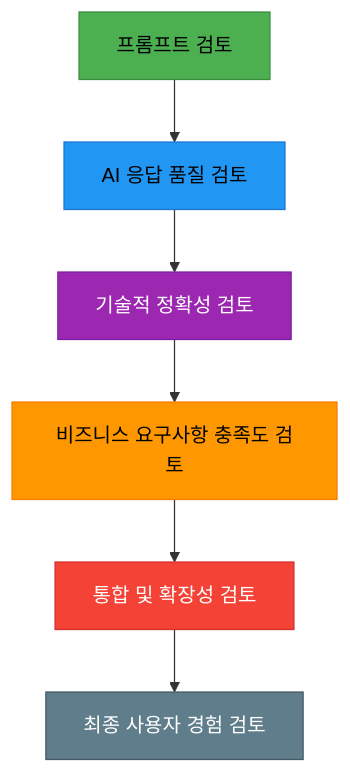
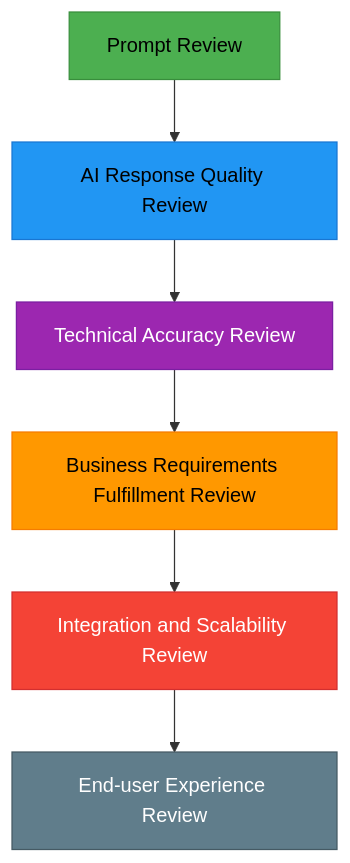
One commit to bbalganjjm/prompt-driven-development changed the first of 4 diagrams in 6.prompt-driven-development-methodology-review.md. Above: the diagram before and after it, drawn with Mermaid. The commit also changed other lines of this file and 3 other files, not shown here.

````diff
--- a/6.prompt-driven-development-methodology-review.md
+++ b/6.prompt-driven-development-methodology-review.md
@@ -41,15 +41,14 @@
 ```mermaid
 flowchart TD
-    A[프롬프트 검토] --> B[AI 응답 품질 검토]
-    B --> C[기술적 정확성 검토]
-    C --> D[비즈니스 요구사항 충족도 검토]
-    D --> E[통합 및 확장성 검토]
-    E --> F[최종 사용자 경험 검토]
-    
+    A[Prompt Review] --> B[AI Response Quality Review]
+    B --> C[Technical Accuracy Review]
+    C --> D[Business Requirements Fulfillment Review]
+    D --> E[Integration and Scalability Review]
+    E --> F[End-user Experience Review]
     style A fill:#4CAF50,stroke:#388E3C,color:black
     style B fill:#2196F3,stroke:#1976D2,color:black
     style C fill:#9C27B0,stroke:#7B1FA2,color:white
     style D fill:#FF9800,stroke:#F57C00,color:black
     style E fill:#F44336,stroke:#D32F2F,color:white
     style F fill:#607D8B,stroke:#455A64,color:white
 ```
````
